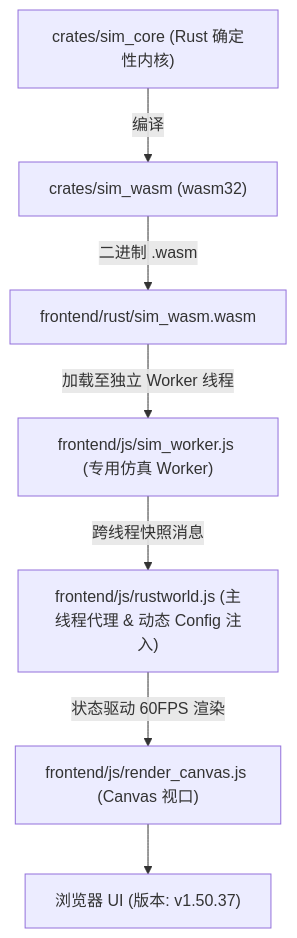
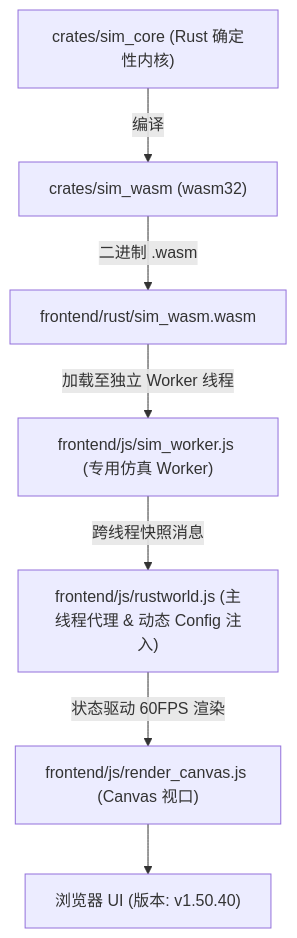
The diagram in AGENTS.md (g39088902/FlowAndAccord), drawn with Mermaid before and after one commit. The commit also changed other lines of this file and 26 other files, not shown here.

````diff
--- a/AGENTS.md
+++ b/AGENTS.md
@@ -61,9 +61,9 @@
 ```mermaid
 graph TD
     A["crates/sim_core (Rust 确定性内核)"] -->|编译| B["crates/sim_wasm (wasm32)"]
     B -->|二进制 .wasm| C["frontend/rust/sim_wasm.wasm"]
     C -->|加载至独立 Worker 线程| D["frontend/js/sim_worker.js (专用仿真 Worker)"]
     D -->|跨线程快照消息| E["frontend/js/rustworld.js (主线程代理 & 动态 Config 注入)"]
     E -->|状态驱动 60FPS 渲染| F["frontend/js/render_canvas.js (Canvas 视口)"]
-    F --> G["浏览器 UI (版本: v1.50.37)"]
+    F --> G["浏览器 UI (版本: v1.50.40)"]
 ```
````
